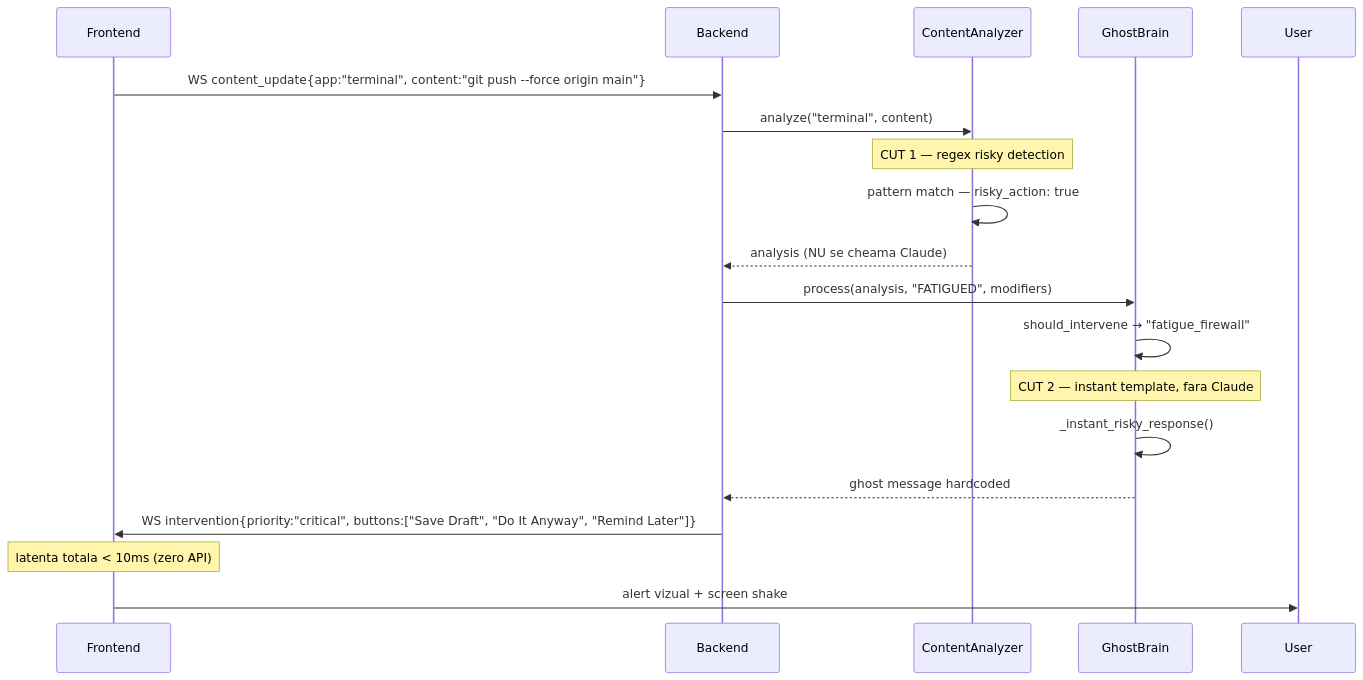
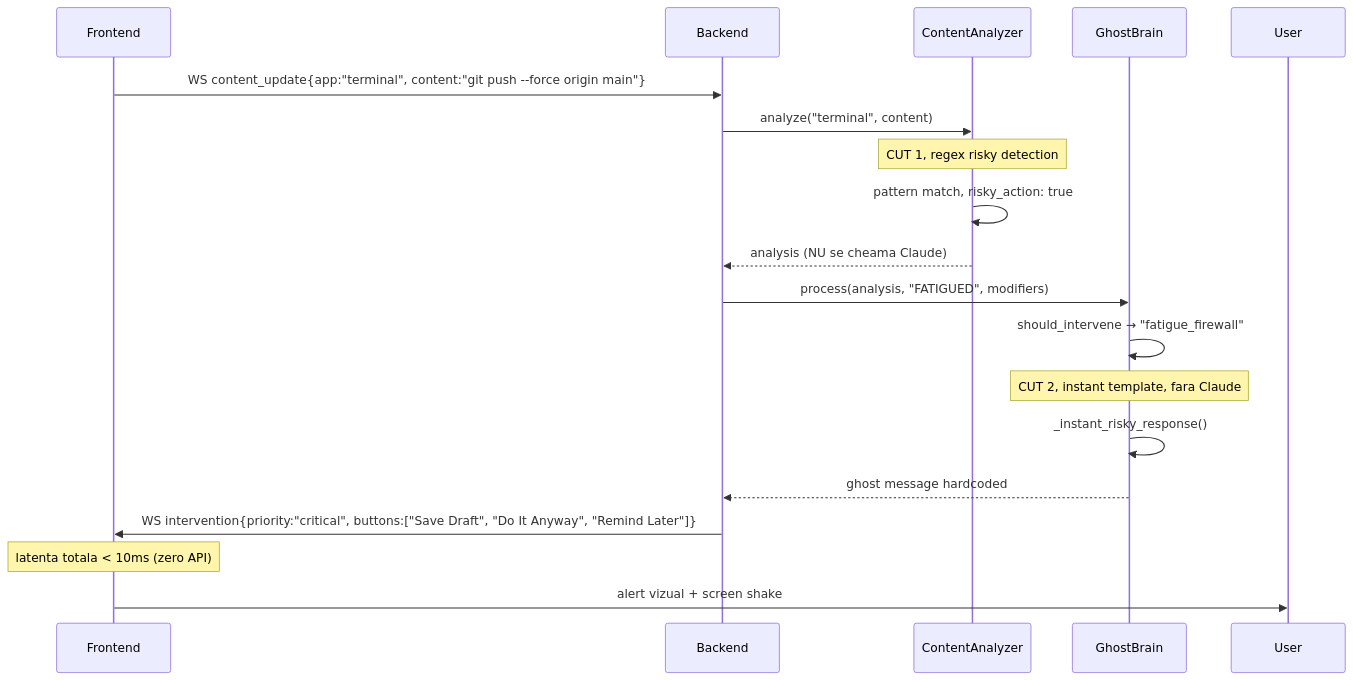
The second of 4 diagrams in docs/architecture.md (amarieidavid26-byte/devlife), drawn with Mermaid before and after one commit. The commit also changed other lines of this file and 38 other files, not shown here.

````diff
--- a/docs/architecture.md
+++ b/docs/architecture.md
@@ -271,16 +287,16 @@
 ```mermaid
 sequenceDiagram
     Frontend->>Backend: WS content_update{app:"terminal", content:"git push --force origin main"}
     Backend->>ContentAnalyzer: analyze("terminal", content)
-    Note over ContentAnalyzer: CUT 1 — regex risky detection
-    ContentAnalyzer->>ContentAnalyzer: pattern match — risky_action: true
+    Note over ContentAnalyzer: CUT 1, regex risky detection
+    ContentAnalyzer->>ContentAnalyzer: pattern match, risky_action: true
     ContentAnalyzer-->>Backend: analysis (NU se cheama Claude)
     Backend->>GhostBrain: process(analysis, "FATIGUED", modifiers)
     GhostBrain->>GhostBrain: should_intervene → "fatigue_firewall"
-    Note over GhostBrain: CUT 2 — instant template, fara Claude
+    Note over GhostBrain: CUT 2, instant template, fara Claude
     GhostBrain->>GhostBrain: _instant_risky_response()
     GhostBrain-->>Backend: ghost message hardcoded
     Backend->>Frontend: WS intervention{priority:"critical", buttons:["Save Draft", "Do It Anyway", "Remind Later"]}
     Note over Frontend: latenta totala < 10ms (zero API)
     Frontend->>User: alert vizual + screen shake
 ```
````
